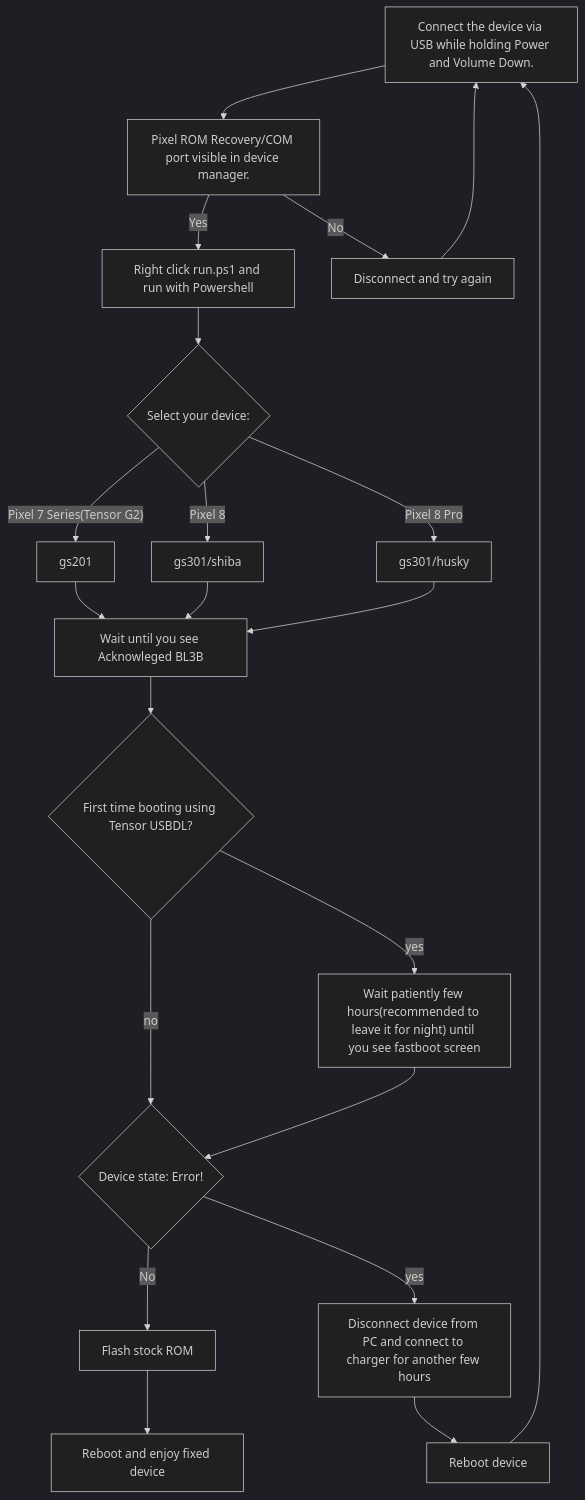
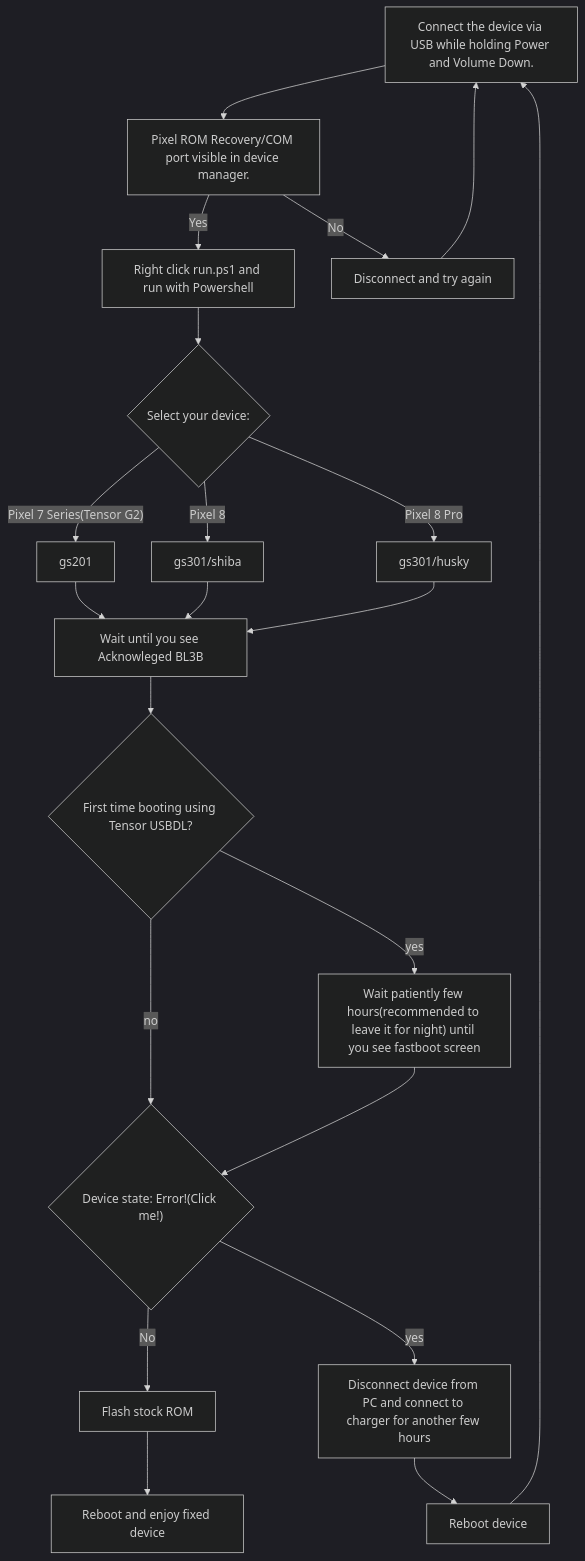
One commit to proxer05/usbdl-wiki changed the diagram in index.md. Above: the diagram before and after it, drawn with Mermaid (dark theme). The commit also changed 1 other file, not shown here.

```diff
--- a/index.md
+++ b/index.md
@@ -17,25 +17,26 @@
 ~~~mermaid
 flowchart TD
     A[Connect the device via USB while holding Power and Volume Down.] --> B["Pixel ROM Recovery/COM port visible in device manager."]
     B -->|Yes| C[Right click run.ps1 and run with Powershell]
     B -->|No| D[Disconnect and try again]
     D --> A
     C --> E{"Select your device:"}
     E -->|"Pixel 7 Series(Tensor G2)"| F[gs201]
     E -->|Pixel 8| G[gs301/shiba]
     E -->|Pixel 8 Pro| H[gs301/husky]
     F --> I[Wait until you see Acknowleged BL3B]
     G --> I 
     H --> I
     I --> W
     W{First time booting using Tensor USBDL?}-->|yes| J
     W -->|no| M
     J["Wait patiently few hours(recommended to leave it for night) until you see fastboot screen"]
-    J --> M{Device state: Error!}
+    J --> M{"Device state: Error!(Click me!)"}
+    click M href "https://raw.githubusercontent.com/proxer05/usbdl-wiki/main/pics/error-screen.png" "Open Image"
     N --> P[Reboot and enjoy fixed device]
     M -->|No| N[Flash stock ROM]
     M -->|yes| K[Disconnect device from PC and connect to charger for another few hours]
     L --> A
     K --> L[Reboot device]
 
 ~~~
```
